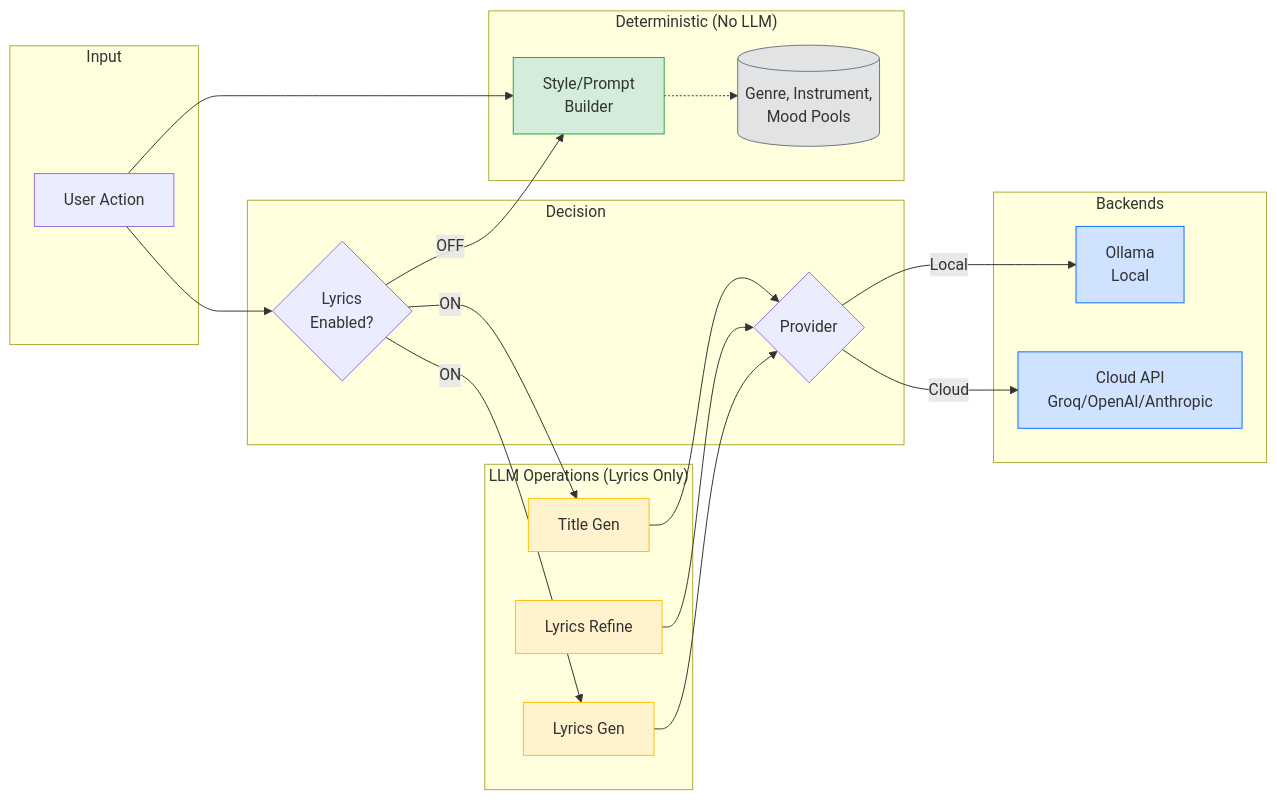
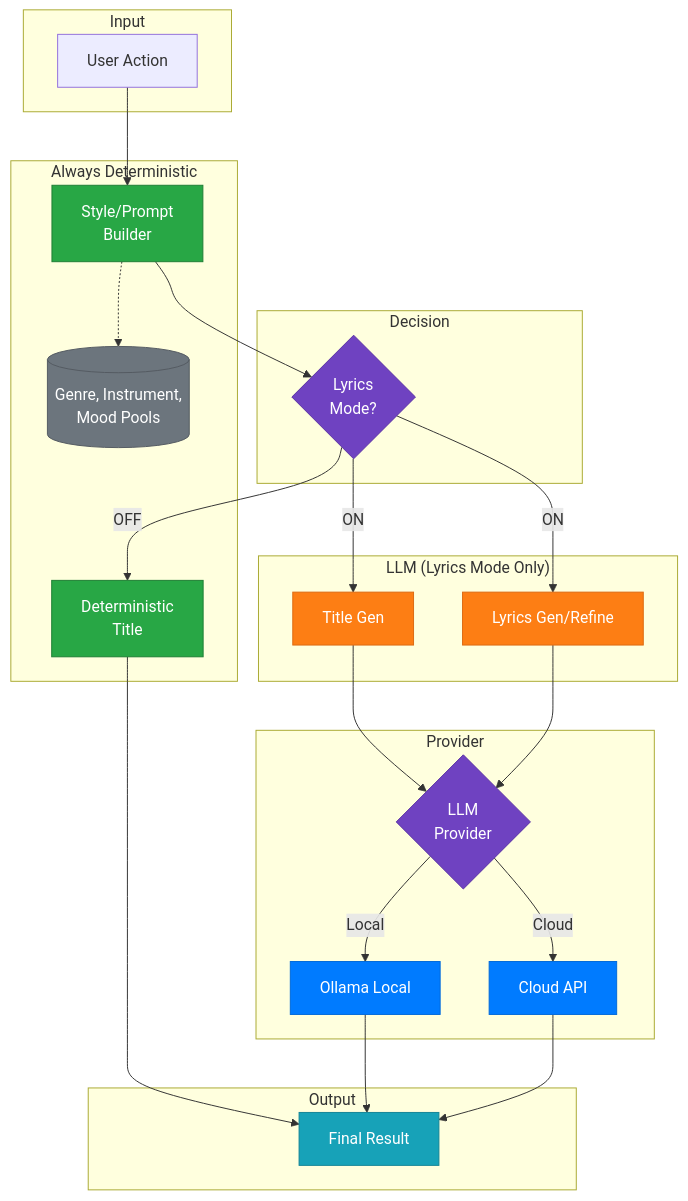
Before and after one commit to ddv1982/suno-prompting: the diagram in README.md, drawn with Mermaid. The commit also changed other lines of this file, not shown here.

Commit message:
docs: improve architecture diagram readability and accuracy
- Use darker background colors with white text for better contrast
- Separate decision nodes (purple) from provider nodes (blue)
- Update diagram to accurately show:
  - Style/Prompt is ALWAYS deterministic
  - Title is deterministic when Lyrics OFF, LLM when Lyrics ON
  - Lyrics only generated via LLM when Lyrics Mode enabled
- Update table notes to clarify what uses LLM vs deterministic

````diff
--- a/README.md
+++ b/README.md
@@ -429,49 +433,59 @@
 ```mermaid
-flowchart LR
+flowchart TB
     subgraph Input
         UI[User Action]
     end
 
-    subgraph Decision
-        LYR{Lyrics<br/>Enabled?}
-        PROVIDER{Provider}
+    subgraph "Always Deterministic"
+        STYLE[Style/Prompt<br/>Builder]
+        DATA[(Genre, Instrument,<br/>Mood Pools)]
+        DTITLE[Deterministic<br/>Title]
     end
 
-    subgraph "Deterministic (No LLM)"
-        STYLE[Style/Prompt<br/>Builder]
-        DATA[(Genre, Instrument,<br/>Mood Pools)]
+    subgraph Decision
+        LYR{Lyrics<br/>Mode?}
     end
 
-    subgraph "LLM Operations (Lyrics Only)"
-        LGEN[Lyrics Gen]
-        LREF[Lyrics Refine]
+    subgraph "LLM (Lyrics Mode Only)"
         LTITLE[Title Gen]
+        LYRICS[Lyrics Gen/Refine]
     end
 
-    subgraph Backends
-        OLLAMA[Ollama<br/>Local]
-        CLOUD[Cloud API<br/>Groq/OpenAI/Anthropic]
+    subgraph Provider
+        PROV{LLM<br/>Provider}
+        OLLAMA[Ollama Local]
+        CLOUD[Cloud API]
+    end
+
+    subgraph Output
+        RESULT[Final Result]
     end
 
     UI --> STYLE
     STYLE -.-> DATA
-    UI --> LYR
-    LYR -->|OFF| STYLE
-    LYR -->|ON| LGEN
+    STYLE --> LYR
+    LYR -->|OFF| DTITLE
+    DTITLE --> RESULT
     LYR -->|ON| LTITLE
-    LGEN --> PROVIDER
-    LREF --> PROVIDER
-    LTITLE --> PROVIDER
-    PROVIDER -->|Local| OLLAMA
-    PROVIDER -->|Cloud| CLOUD
+    LYR -->|ON| LYRICS
+    LTITLE --> PROV
+    LYRICS --> PROV
+    PROV -->|Local| OLLAMA
+    PROV -->|Cloud| CLOUD
+    OLLAMA --> RESULT
+    CLOUD --> RESULT
 
-    classDef det fill:#d4edda,stroke:#28a745
-    classDef ai fill:#fff3cd,stroke:#ffc107
-    classDef data fill:#e2e3e5,stroke:#6c757d
-    classDef provider fill:#cfe2ff,stroke:#0d6efd
+    classDef det fill:#28a745,stroke:#1e7e34,color:#fff
+    classDef ai fill:#fd7e14,stroke:#dc6a12,color:#fff
+    classDef data fill:#6c757d,stroke:#545b62,color:#fff
+    classDef provider fill:#007bff,stroke:#0069d9,color:#fff
+    classDef output fill:#17a2b8,stroke:#138496,color:#fff
+    classDef decision fill:#6f42c1,stroke:#5a32a3,color:#fff
 
-    class STYLE det
-    class LGEN,LREF,LTITLE ai
+    class STYLE,DTITLE det
+    class LTITLE,LYRICS ai
     class DATA data
     class OLLAMA,CLOUD provider
+    class PROV,LYR decision
+    class RESULT output
 ```
````
